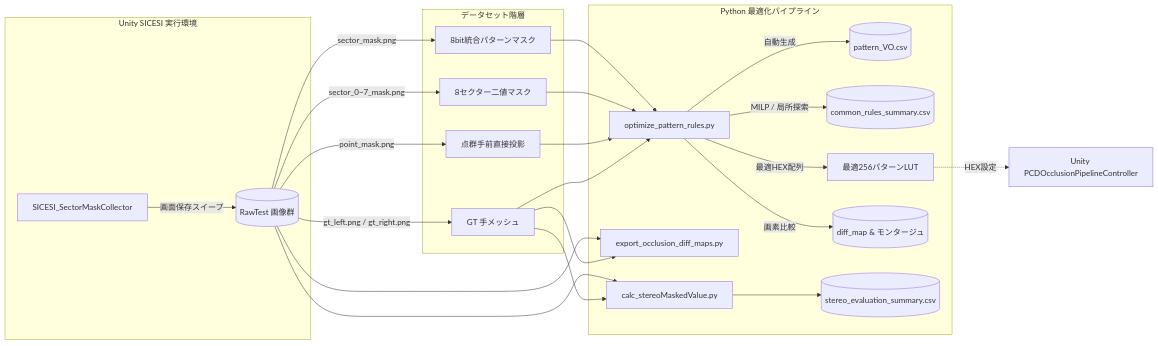
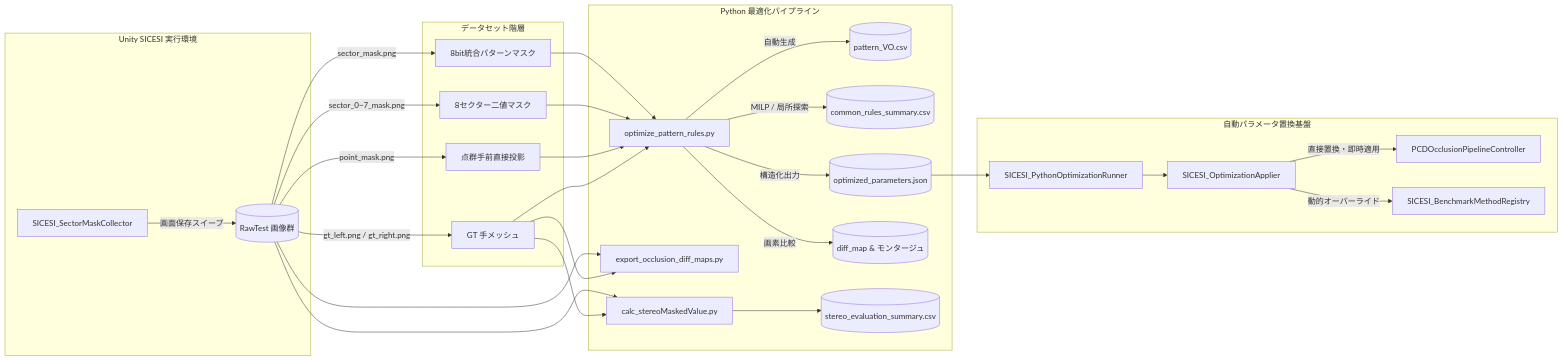
One commit to kotetsuOU/RealTimeOcclusionDemo changed the second of 4 diagrams in Docs/SICESI2026.md. Above: the diagram before and after it, drawn with Mermaid. The commit also changed other lines of this file and 125 other files, not shown here.

Commit message:
feat: integrate Fox body haptics, align AUTD device orientation, and enhance SICESI preset optimization

````diff
--- a/Docs/SICESI2026.md
+++ b/Docs/SICESI2026.md
@@ -248,27 +257,32 @@
 ```mermaid
 graph LR
     subgraph Unity [Unity SICESI 実行環境]
         A[SICESI_SectorMaskCollector] -->|画面保存スイープ| B[(RawTest 画像群)]
     end
 
     subgraph Dataset [データセット階層]
         B -->|gt_left.png / gt_right.png| C[GT 手メッシュ]
         B -->|point_mask.png| D[点群手前直接投影]
         B -->|sector_0~7_mask.png| E[8セクター二値マスク]
         B -->|sector_mask.png| F[8bit統合パターンマスク]
     end
 
     subgraph Python [Python 最適化パイプライン]
         C & D & E & F --> G[optimize_pattern_rules.py]
         G -->|自動生成| H[(pattern_VO.csv)]
         G -->|MILP / 局所探索| I[(common_rules_summary.csv)]
-        G -->|最適HEX配列| J[最適256パターンLUT]
+        G -->|構造化出力| J[(optimized_parameters.json)]
         G -->|画素比較| K[(diff_map & モンタージュ)]
         
         C & B --> L[export_occlusion_diff_maps.py]
         C & B --> M[calc_stereoMaskedValue.py]
         M --> N[(stereo_evaluation_summary.csv)]
     end
 
-    J -.->|HEX設定| O[Unity PCDOcclusionPipelineController]
+    subgraph AutoApply [自動パラメータ置換基盤]
+        J --> P[SICESI_PythonOptimizationRunner]
+        P --> Q[SICESI_OptimizationApplier]
+        Q -->|直接置換・即時適用| O[PCDOcclusionPipelineController]
+        Q -->|動的オーバーライド| R[SICESI_BenchmarkMethodRegistry]
+    end
 ```
````
